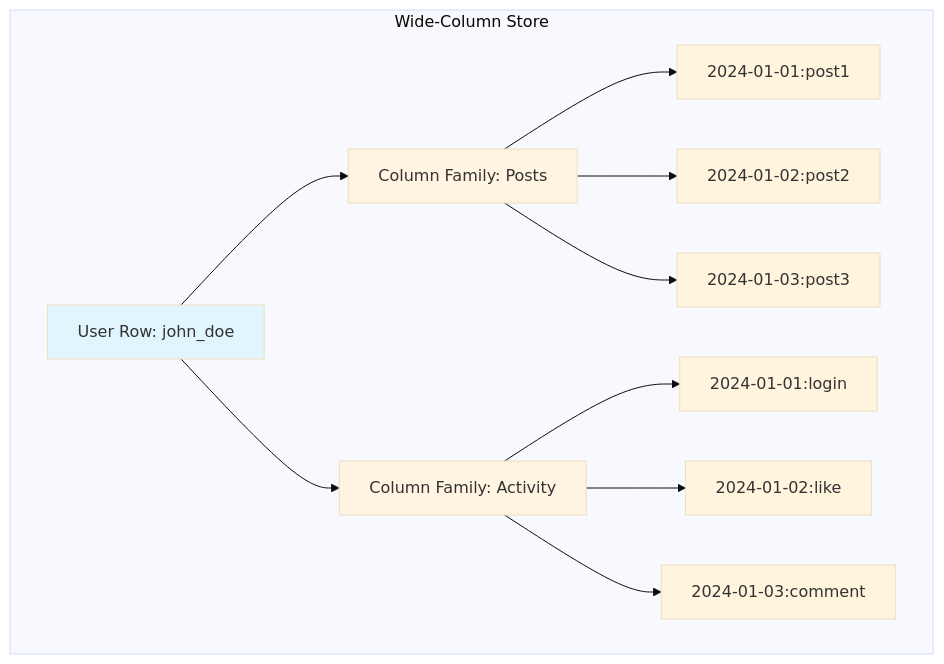
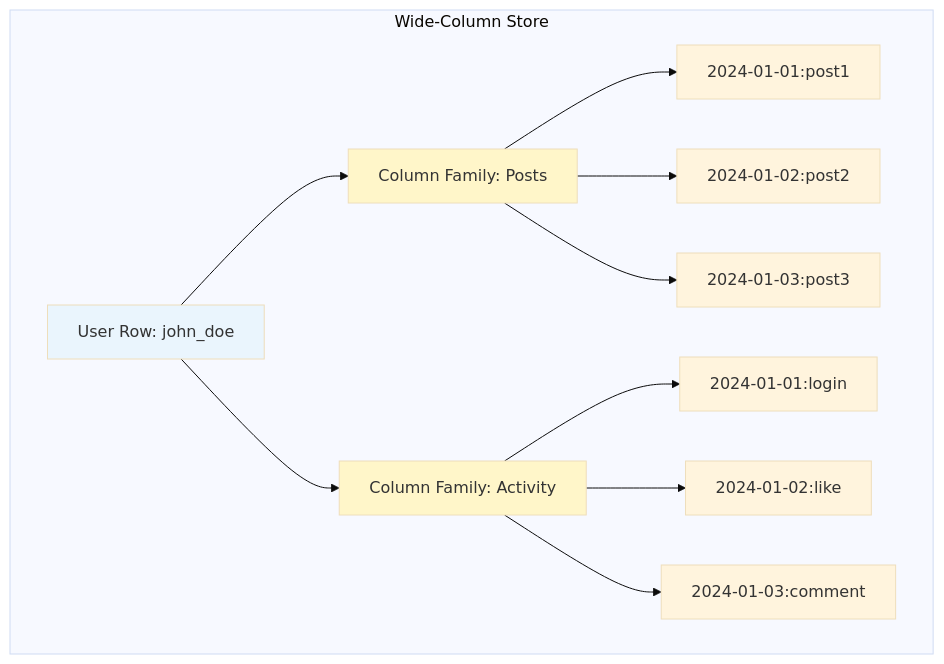
The eighth of 27 diagrams in LLD/CoreConcepts/DataModelling.md (cartmancodes/InterviewVault), drawn with Mermaid (base theme) before and after one commit. The commit also changed other lines of this file and 679 other files, not shown here.

Commit message:
Unify content diagrams and add accessible visual walkthroughs

````diff
--- a/LLD/CoreConcepts/DataModelling.md
+++ b/LLD/CoreConcepts/DataModelling.md
@@ -358,23 +358,23 @@
 ```mermaid
 graph TB
     subgraph "Wide-Column Store"
         ROW[User Row: john_doe]
         CF1[Column Family: Posts]
         CF2[Column Family: Activity]
         
         ROW --> CF1
         ROW --> CF2
         
         CF1 --> C1[2024-01-01:post1]
         CF1 --> C2[2024-01-02:post2]
         CF1 --> C3[2024-01-03:post3]
         
         CF2 --> A1[2024-01-01:login]
         CF2 --> A2[2024-01-02:like]
         CF2 --> A3[2024-01-03:comment]
     end
     
-    style ROW fill:#e1f5ff
-    style CF1 fill:#fff4e1
-    style CF2 fill:#fff4e1
+    style ROW fill:#EAF5FD
+    style CF1 fill:#FFF6C9
+    style CF2 fill:#FFF6C9
 ```
````
